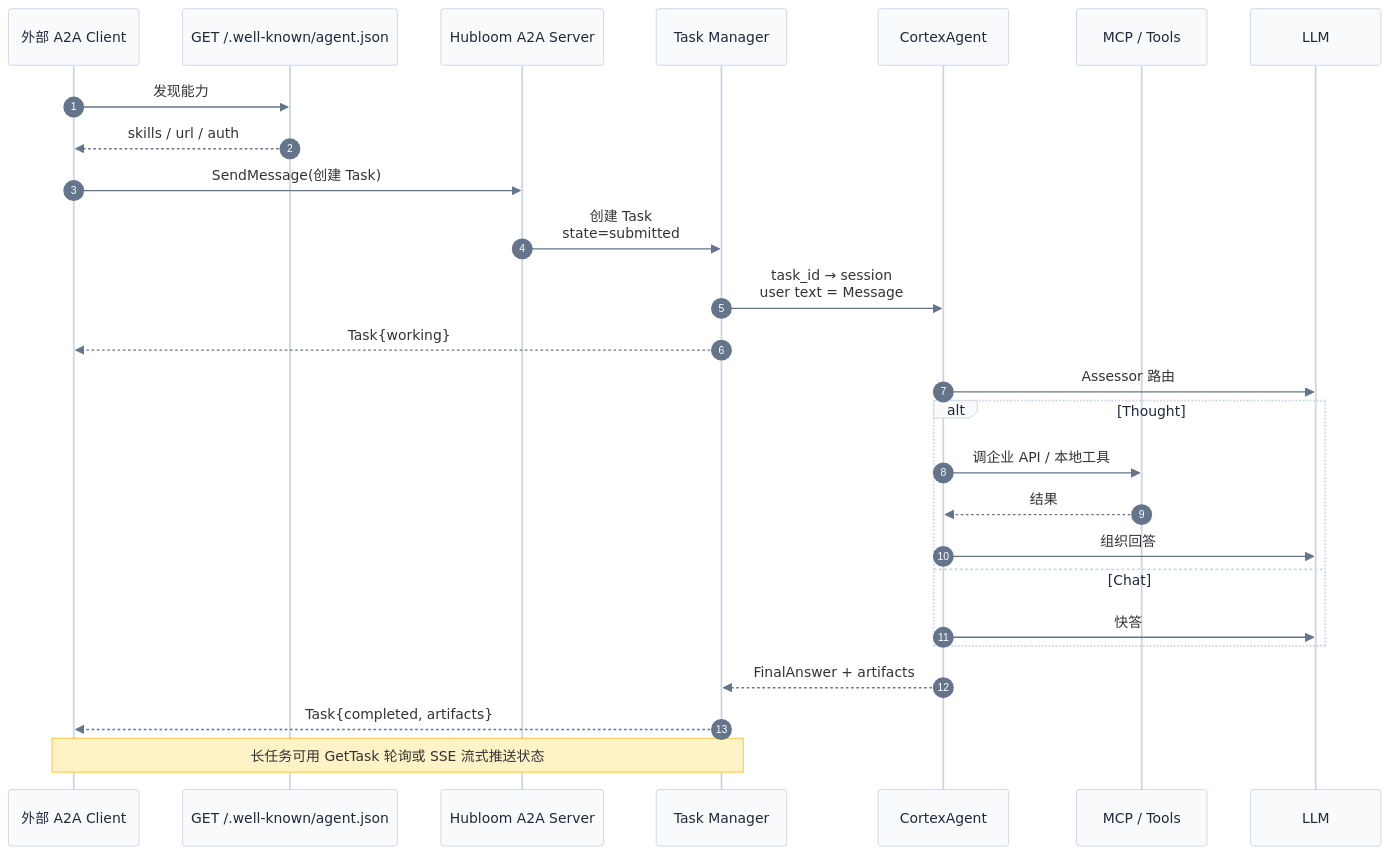
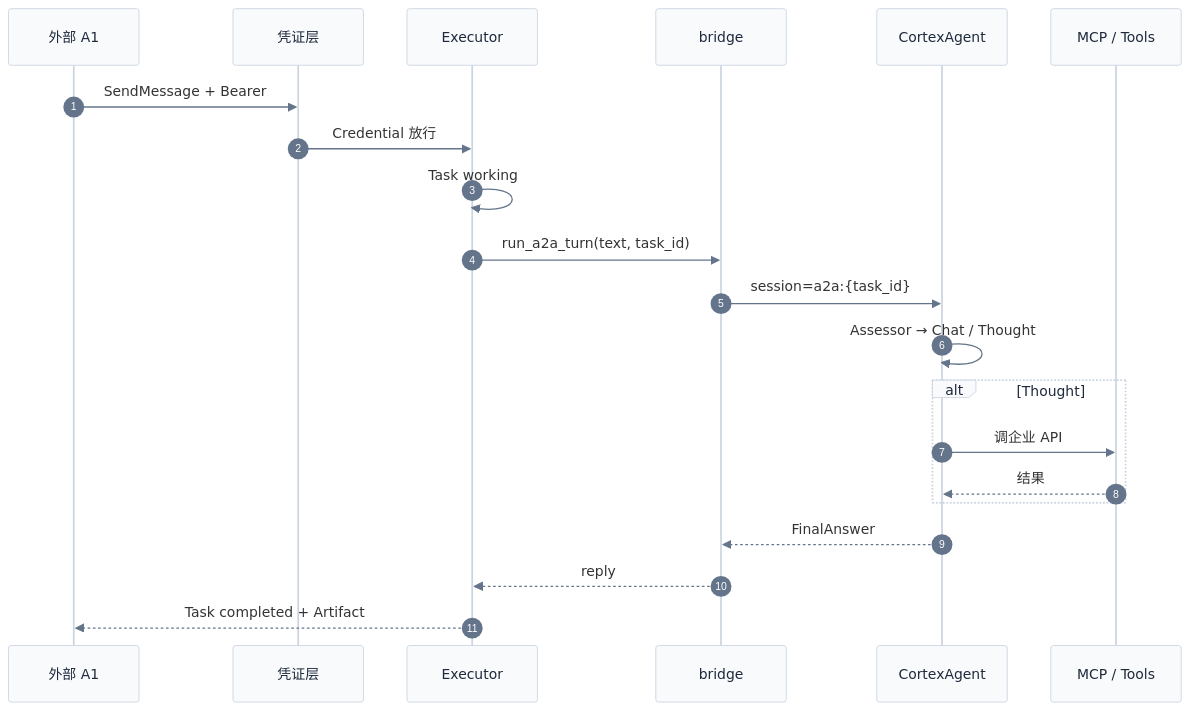
The seventh of 10 diagrams in docs/Hubloom-A2A互联.md (Zhong-y-j/Hubloom), drawn with Mermaid before and after one commit. The commit also changed other lines of this file and 3 other files, not shown here.

````diff
--- a/docs/Hubloom-A2A互联.md
+++ b/docs/Hubloom-A2A互联.md
@@ -205,34 +473,25 @@
 ```mermaid
 %%{init: {"theme":"base","themeVariables":{"background":"#ffffff","actorBkg":"#f8fafc","actorBorder":"#cbd5e1","actorTextColor":"#1e293b","signalColor":"#64748b","noteBkgColor":"#fef3c7","noteBorderColor":"#fbbf24"}}}%%
 sequenceDiagram
     autonumber
-    participant Ext as 外部 A2A Client
-    participant Card as GET /.well-known/agent.json
-    participant A2A as Hubloom A2A Server
-    participant TM as Task Manager
+    participant Ext as 外部 A1
+    participant Cred as 凭证层
+    participant Ex as Executor
+    participant Br as bridge
     participant AG as CortexAgent
     participant MCP as MCP / Tools
-    participant LLM as LLM
 
-    Ext->>Card: 发现能力
-    Card-->>Ext: skills / url / auth
-
-    Ext->>A2A: SendMessage(创建 Task)
-    A2A->>TM: 创建 Task<br/>state=submitted
-    TM->>AG: task_id → session<br/>user text = Message
-    TM-->>Ext: Task{working}
-
-    AG->>LLM: Assessor 路由
+    Ext->>Cred: SendMessage + Bearer
+    Cred->>Ex: Credential 放行
+    Ex->>Ex: Task working
+    Ex->>Br: run_a2a_turn(text, task_id)
+    Br->>AG: session=a2a:{task_id}
+    AG->>AG: Assessor → Chat / Thought
     alt Thought
-        AG->>MCP: 调企业 API / 本地工具
+        AG->>MCP: 调企业 API
         MCP-->>AG: 结果
-        AG->>LLM: 组织回答
-    else Chat
-        AG->>LLM: 快答
     end
-
-    AG-->>TM: FinalAnswer + artifacts
-    TM-->>Ext: Task{completed, artifacts}
-
-    Note over Ext,TM: 长任务可用 GetTask 轮询或 SSE 流式推送状态
+    AG-->>Br: FinalAnswer
+    Br-->>Ex: reply
+    Ex-->>Ext: Task completed + Artifact
 ```
````
